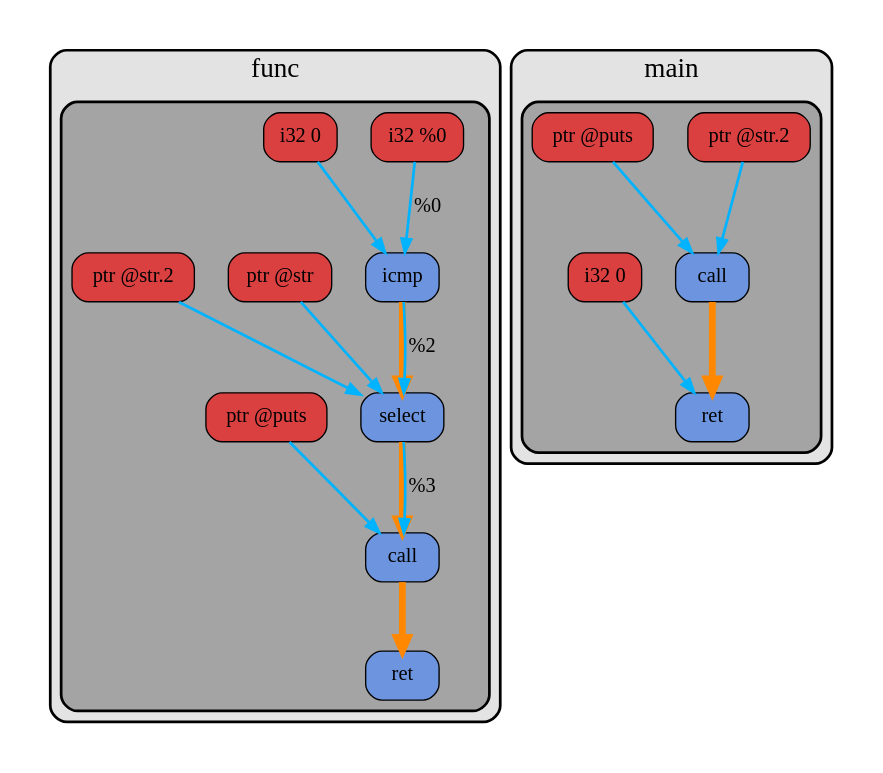
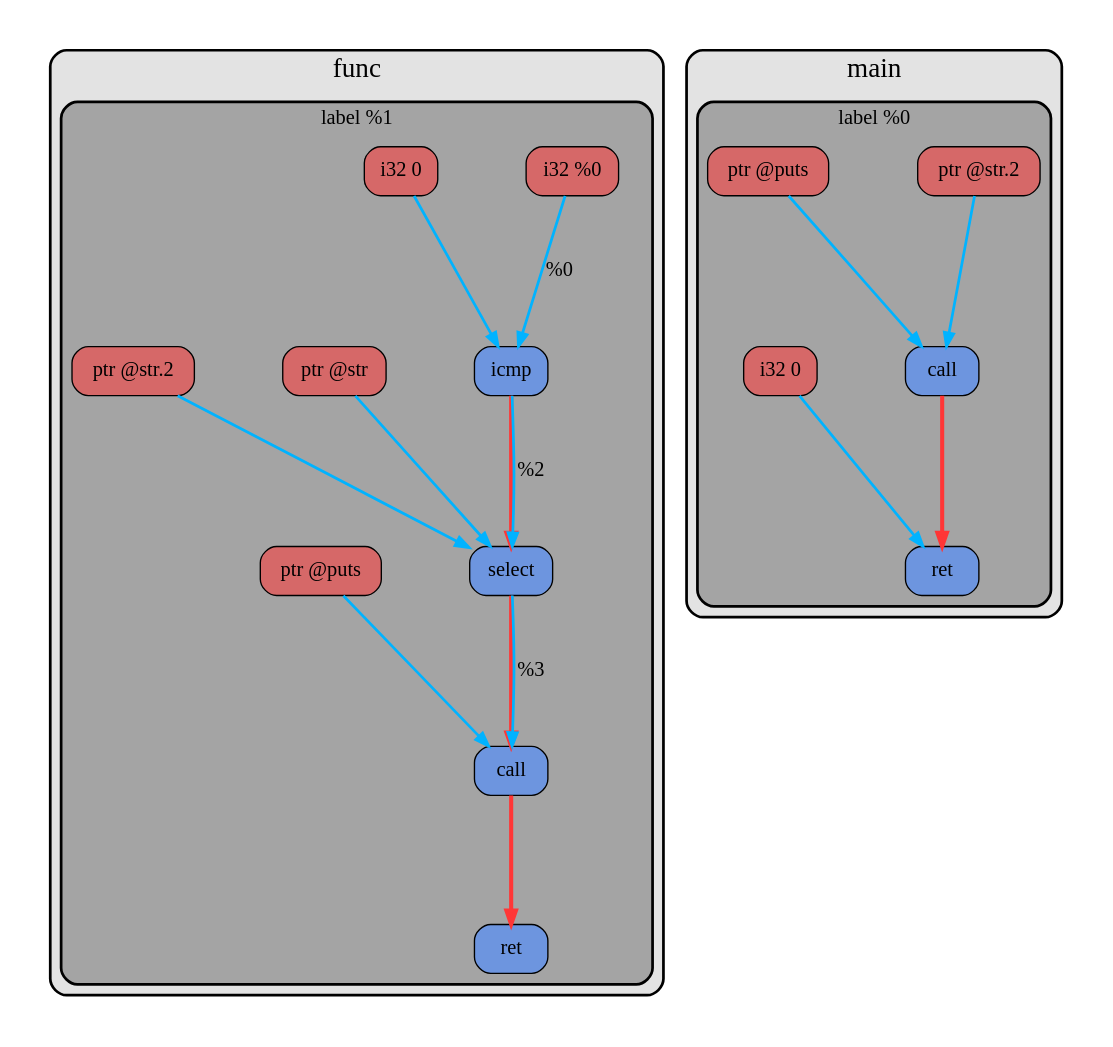
The diagram in examples/hello/dot/after_opt.dot (sevaphasol/llvm-ir-dumper), drawn with Graphviz before and after one commit. The commit also changed 45 other files, not shown here.

```diff
--- a/examples/hello/dot/after_opt.dot
+++ b/examples/hello/dot/after_opt.dot
@@ -1,83 +1,83 @@
 digraph "examples/hello/hello.c" {
-  graph [pad=0.3, rankdir=UB, compound=true, overlap=false, nodesep=0.35, ranksep=0.7, splines=true];
+  graph [pad=0.3, rankdir=TB, compound=true, overlap=false, nodesep=0.9, ranksep=1.3, splines=true];
   node [fontname="SF Pro Text Bold 10", fontsize=15];
   edge [fontname="SF Pro Text Bold 10", fontsize=15];
 subgraph cluster_func_1 {
   shape="box";
   style="rounded, filled";
   fillcolor="#e3e3e3";
   color="#000000";
   penwidth=2;
   fontsize=20;
   fontname="SF Pro Text Bold 10";
   label="func";
   subgraph cluster_func_1_bb_1 {
     shape="box";
     style="rounded, filled";
     fillcolor="#a4a4a4";
     color="#000000";
     penwidth=2;
-    fontsize=0;
-    fontname="";
-    label="";
-    n0x5f6abb7ae2e0 [shape="box", style="rounded, filled", fillcolor="#6d95df", color="#000000", fontcolor="#000000", label="icmp"];
-    n0x5f6abb8befb0 [shape="box", style="rounded, filled", fillcolor="#6d95df", color="#000000", fontcolor="#000000", label="select"];
-    n0x5f6abb8cf230 [shape="box", style="rounded, filled", fillcolor="#6d95df", color="#000000", fontcolor="#000000", label="call"];
-    n0x5f6abb8947a0 [shape="box", style="rounded, filled", fillcolor="#6d95df", color="#000000", fontcolor="#000000", label="ret"];
-    u0x5f6abb7ae2a0 [shape="box", style="rounded, filled", fillcolor="#db4040", color="#000000", fontcolor="#000000", label="i32 %0"];
-    u0x5f6abb7ae2c0 [shape="box", style="rounded, filled", fillcolor="#db4040", color="#000000", fontcolor="#000000", label="i32 0"];
-    u0x5f6abb8bef70 [shape="box", style="rounded, filled", fillcolor="#db4040", color="#000000", fontcolor="#000000", label="ptr @str"];
-    u0x5f6abb8bef90 [shape="box", style="rounded, filled", fillcolor="#db4040", color="#000000", fontcolor="#000000", label="ptr @str.2"];
-    u0x5f6abb8cf210 [shape="box", style="rounded, filled", fillcolor="#db4040", color="#000000", fontcolor="#000000", label="ptr @puts"];
+    fontsize=15;
+    fontname="SF Pro Text Bold 10";
+    label="label %1";
+    n0x6549de6582e0 [shape="box", style="rounded, filled", fillcolor="#6d95df", color="#000000", fontcolor="#000000", label="icmp"];
+    n0x6549de768470 [shape="box", style="rounded, filled", fillcolor="#6d95df", color="#000000", fontcolor="#000000", label="select"];
+    n0x6549de7791e0 [shape="box", style="rounded, filled", fillcolor="#6d95df", color="#000000", fontcolor="#000000", label="call"];
+    n0x6549de764e40 [shape="box", style="rounded, filled", fillcolor="#6d95df", color="#000000", fontcolor="#000000", label="ret"];
+    u0x6549de6582a0 [shape="box", style="rounded, filled", fillcolor="#d66868", color="#000000", fontcolor="#000000", label="i32 %0"];
+    u0x6549de6582c0 [shape="box", style="rounded, filled", fillcolor="#d66868", color="#000000", fontcolor="#000000", label="i32 0"];
+    u0x6549de768430 [shape="box", style="rounded, filled", fillcolor="#d66868", color="#000000", fontcolor="#000000", label="ptr @str"];
+    u0x6549de768450 [shape="box", style="rounded, filled", fillcolor="#d66868", color="#000000", fontcolor="#000000", label="ptr @str.2"];
+    u0x6549de7791c0 [shape="box", style="rounded, filled", fillcolor="#d66868", color="#000000", fontcolor="#000000", label="ptr @puts"];
   }
 }
 subgraph cluster_func_2 {
   shape="box";
   style="rounded, filled";
   fillcolor="#e3e3e3";
   color="#000000";
   penwidth=2;
   fontsize=20;
   fontname="SF Pro Text Bold 10";
   label="main";
   subgraph cluster_func_2_bb_1 {
     shape="box";
     style="rounded, filled";
     fillcolor="#a4a4a4";
     color="#000000";
     penwidth=2;
-    fontsize=0;
-    fontname="";
-    label="";
-    n0x5f6abb8ec0f0 [shape="box", style="rounded, filled", fillcolor="#6d95df", color="#000000", fontcolor="#000000", label="call"];
-    n0x5f6abb8ec170 [shape="box", style="rounded, filled", fillcolor="#6d95df", color="#000000", fontcolor="#000000", label="ret"];
-    u0x5f6abb8ec0b0 [shape="box", style="rounded, filled", fillcolor="#db4040", color="#000000", fontcolor="#000000", label="ptr @str.2"];
-    u0x5f6abb8ec0d0 [shape="box", style="rounded, filled", fillcolor="#db4040", color="#000000", fontcolor="#000000", label="ptr @puts"];
-    u0x5f6abb8ec150 [shape="box", style="rounded, filled", fillcolor="#db4040", color="#000000", fontcolor="#000000", label="i32 0"];
+    fontsize=15;
+    fontname="SF Pro Text Bold 10";
+    label="label %0";
+    n0x6549de796160 [shape="box", style="rounded, filled", fillcolor="#6d95df", color="#000000", fontcolor="#000000", label="call"];
+    n0x6549de7961e0 [shape="box", style="rounded, filled", fillcolor="#6d95df", color="#000000", fontcolor="#000000", label="ret"];
+    u0x6549de796120 [shape="box", style="rounded, filled", fillcolor="#d66868", color="#000000", fontcolor="#000000", label="ptr @str.2"];
+    u0x6549de796140 [shape="box", style="rounded, filled", fillcolor="#d66868", color="#000000", fontcolor="#000000", label="ptr @puts"];
+    u0x6549de7961c0 [shape="box", style="rounded, filled", fillcolor="#d66868", color="#000000", fontcolor="#000000", label="i32 0"];
   }
 }
 subgraph cluster_func_3 {
   shape="box";
   style="rounded, filled";
   fillcolor="#e3e3e3";
   color="#000000";
   penwidth=2;
   fontsize=20;
   fontname="SF Pro Text Bold 10";
   label="puts";
 }
-n0x5f6abb7ae2e0 -> n0x5f6abb8befb0 [color="#ff8800", weight=10000, penwidth=5];
-n0x5f6abb8befb0 -> n0x5f6abb8cf230 [color="#ff8800", weight=10000, penwidth=5];
-n0x5f6abb8cf230 -> n0x5f6abb8947a0 [color="#ff8800", weight=10000, penwidth=5];
-n0x5f6abb7ae2e0 -> n0x5f6abb8befb0 [color="#00b3ff", weight=1, penwidth=2, label="%2"];
-u0x5f6abb7ae2a0 -> n0x5f6abb7ae2e0 [color="#00b3ff", weight=1, penwidth=2, label="%0"];
-u0x5f6abb7ae2c0 -> n0x5f6abb7ae2e0 [color="#00b3ff", weight=1, penwidth=2];
-n0x5f6abb8befb0 -> n0x5f6abb8cf230 [color="#00b3ff", weight=1, penwidth=2, label="%3"];
-u0x5f6abb8bef70 -> n0x5f6abb8befb0 [color="#00b3ff", weight=1, penwidth=2];
-u0x5f6abb8bef90 -> n0x5f6abb8befb0 [color="#00b3ff", weight=1, penwidth=2];
-u0x5f6abb8cf210 -> n0x5f6abb8cf230 [color="#00b3ff", weight=1, penwidth=2];
-n0x5f6abb8ec0f0 -> n0x5f6abb8ec170 [color="#ff8800", weight=10000, penwidth=5];
-u0x5f6abb8ec0b0 -> n0x5f6abb8ec0f0 [color="#00b3ff", weight=1, penwidth=2];
-u0x5f6abb8ec0d0 -> n0x5f6abb8ec0f0 [color="#00b3ff", weight=1, penwidth=2];
-u0x5f6abb8ec150 -> n0x5f6abb8ec170 [color="#00b3ff", weight=1, penwidth=2];
+n0x6549de6582e0 -> n0x6549de768470 [color="#ff3636", weight=1000, penwidth=3];
+n0x6549de768470 -> n0x6549de7791e0 [color="#ff3636", weight=1000, penwidth=3];
+n0x6549de7791e0 -> n0x6549de764e40 [color="#ff3636", weight=1000, penwidth=3];
+n0x6549de6582e0 -> n0x6549de768470 [color="#00b3ff", weight=1, penwidth=2, label="%2"];
+u0x6549de6582a0 -> n0x6549de6582e0 [color="#00b3ff", weight=1, penwidth=2, label="%0"];
+u0x6549de6582c0 -> n0x6549de6582e0 [color="#00b3ff", weight=1, penwidth=2];
+n0x6549de768470 -> n0x6549de7791e0 [color="#00b3ff", weight=1, penwidth=2, label="%3"];
+u0x6549de768430 -> n0x6549de768470 [color="#00b3ff", weight=1, penwidth=2];
+u0x6549de768450 -> n0x6549de768470 [color="#00b3ff", weight=1, penwidth=2];
+u0x6549de7791c0 -> n0x6549de7791e0 [color="#00b3ff", weight=1, penwidth=2];
+n0x6549de796160 -> n0x6549de7961e0 [color="#ff3636", weight=1000, penwidth=3];
+u0x6549de796120 -> n0x6549de796160 [color="#00b3ff", weight=1, penwidth=2];
+u0x6549de796140 -> n0x6549de796160 [color="#00b3ff", weight=1, penwidth=2];
+u0x6549de7961c0 -> n0x6549de7961e0 [color="#00b3ff", weight=1, penwidth=2];
 }
```
